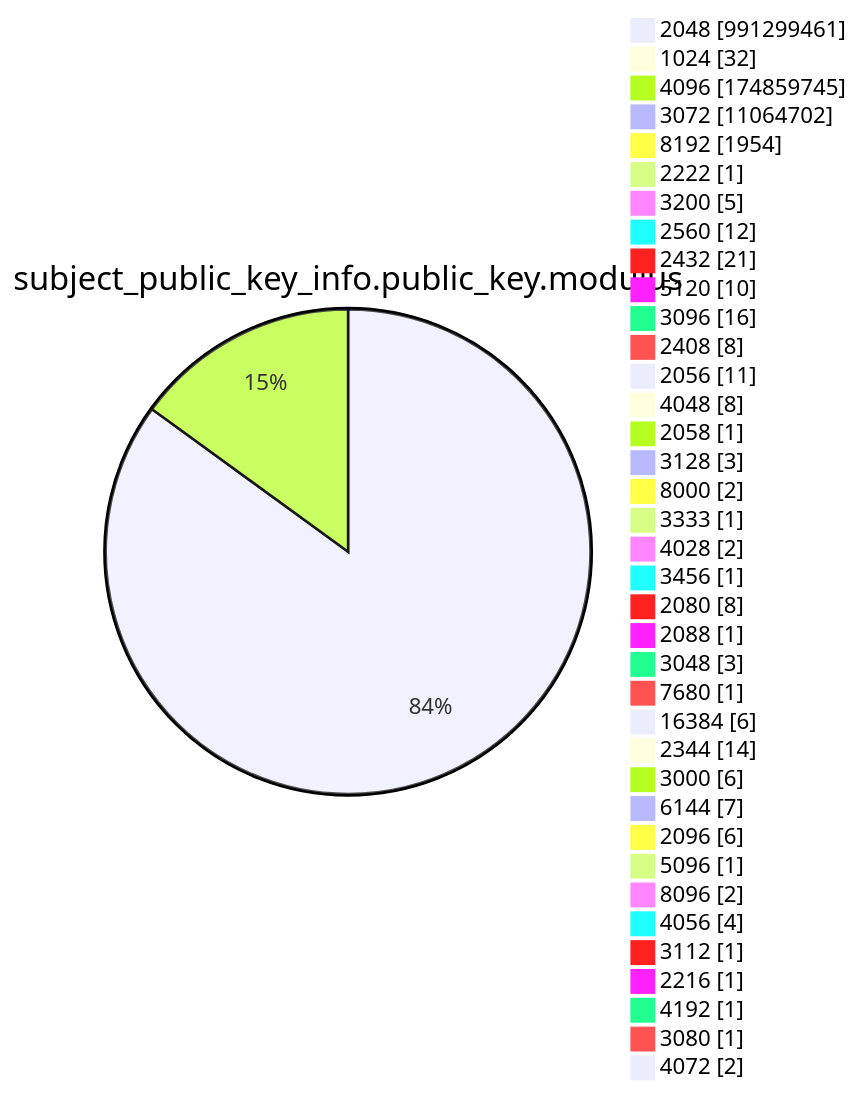
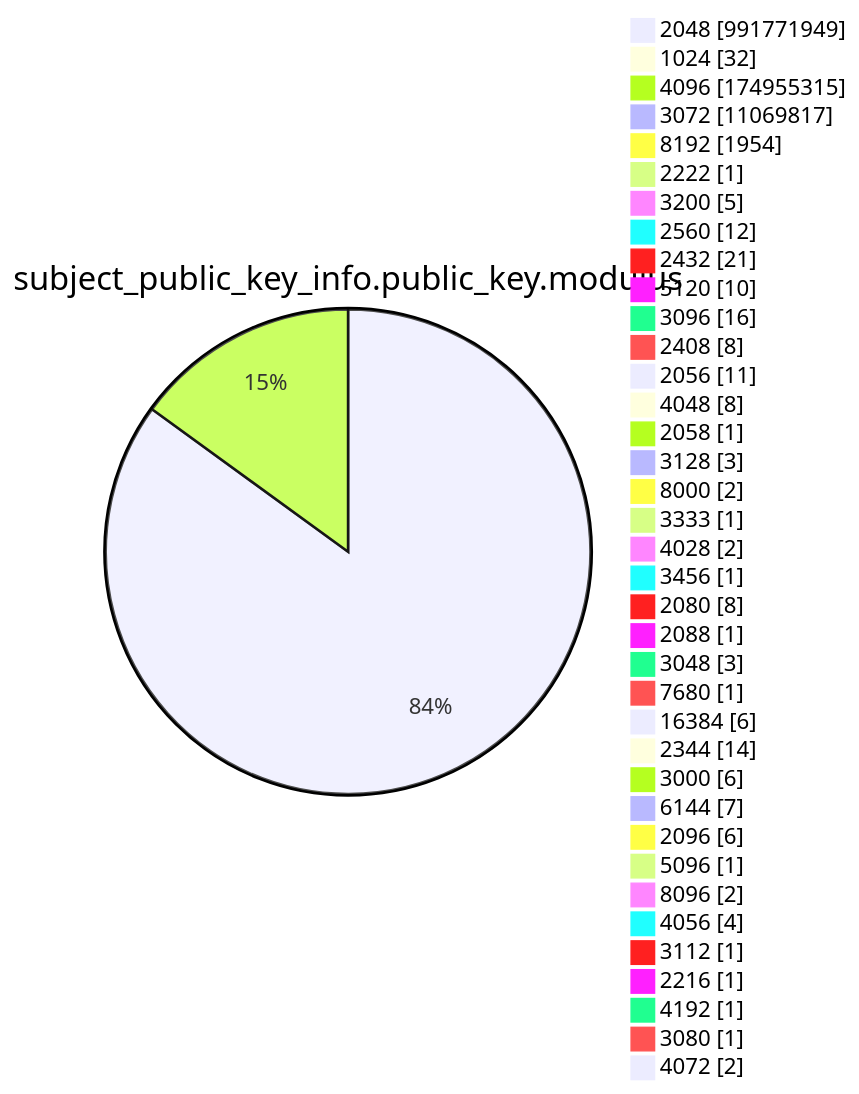
Before and after one commit to christiankrug/ctmonitor_visualization: diagram 13 of 15 in argon2022/README.md, drawn with Mermaid. The commit also changed other lines of this file, not shown here.

````diff
--- a/argon2022/README.md
+++ b/argon2022/README.md
@@ -3587,41 +3587,41 @@
 ```mermaid
 pie showData
 title subject_public_key_info.public_key.modulus
-"2048" :991299461
+"2048" :991771949
 "1024" :32
-"4096" :174859745
-"3072" :11064702
+"4096" :174955315
+"3072" :11069817
 "8192" :1954
 "2222" :1
 "3200" :5
 "2560" :12
 "2432" :21
 "5120" :10
 "3096" :16
 "2408" :8
 "2056" :11
 "4048" :8
 "2058" :1
 "3128" :3
 "8000" :2
 "3333" :1
 "4028" :2
 "3456" :1
 "2080" :8
 "2088" :1
 "3048" :3
 "7680" :1
 "16384" :6
 "2344" :14
 "3000" :6
 "6144" :7
 "2096" :6
 "5096" :1
 "8096" :2
 "4056" :4
 "3112" :1
 "2216" :1
 "4192" :1
 "3080" :1
 "4072" :2
 ```
````
